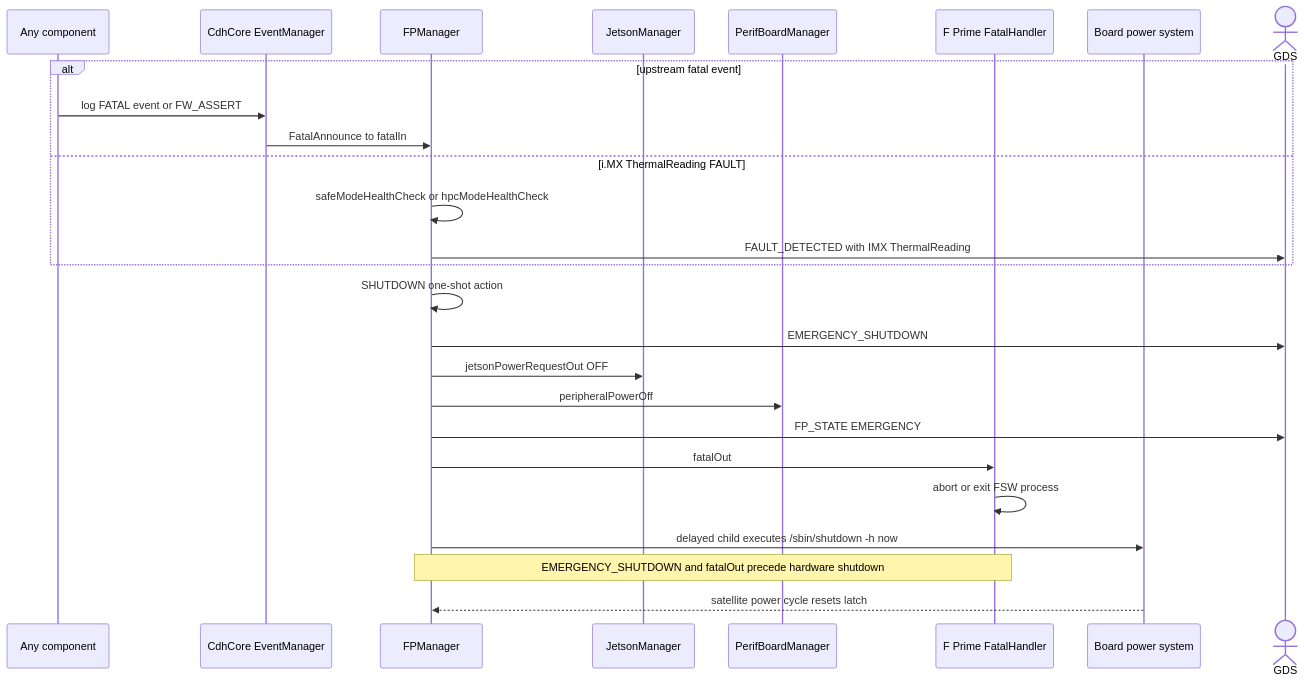
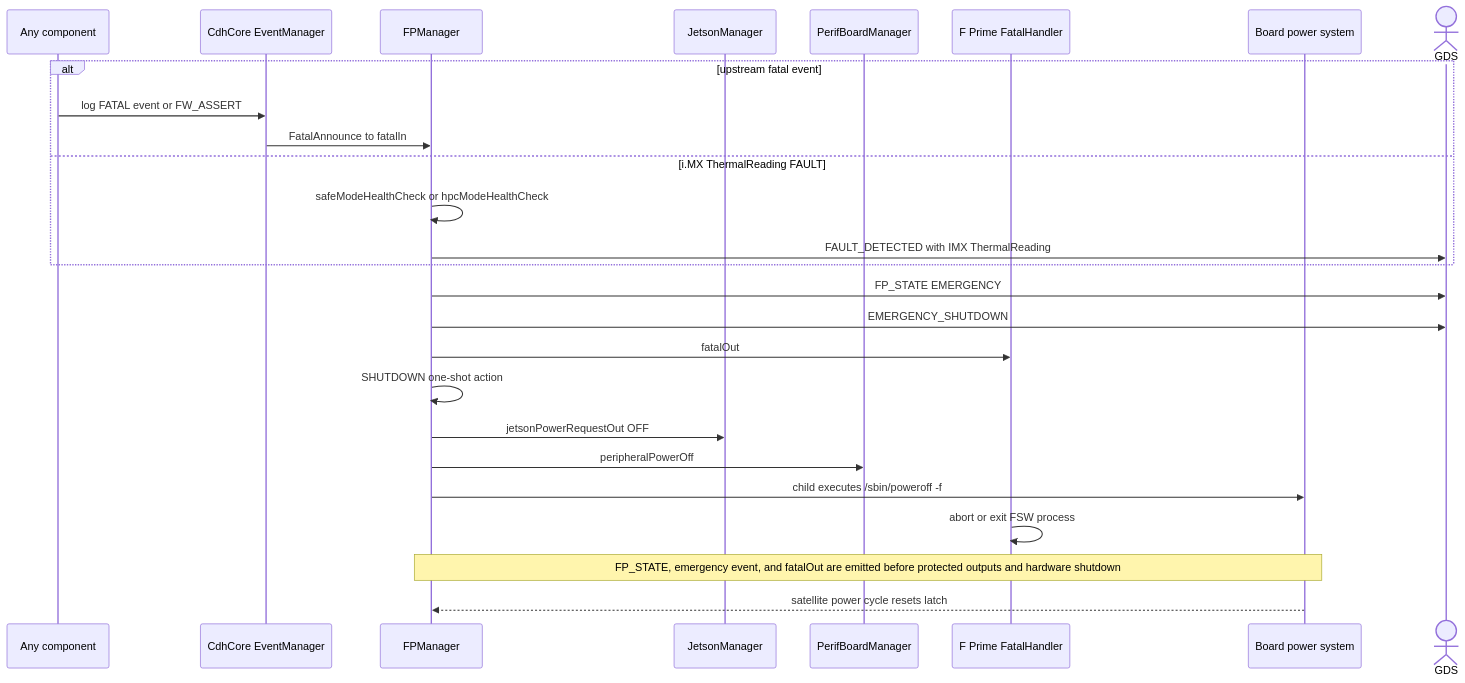
The seventh of 7 diagrams in scales/scalesSvc/FPManager/docs/sdd.md (BroncoSpace-Lab/fprime-scales), drawn with Mermaid before and after one commit. The commit also changed other lines of this file and 9 other files, not shown here.

````diff
--- a/scales/scalesSvc/FPManager/docs/sdd.md
+++ b/scales/scalesSvc/FPManager/docs/sdd.md
@@ -318,29 +365,29 @@
 ```mermaid
 sequenceDiagram
     participant Source as Any component
     participant Events as CdhCore EventManager
     participant FPM as FPManager
     participant JM as JetsonManager
     participant PBM as PerifBoardManager
     participant FH as F Prime FatalHandler
     participant HW as Board power system
     actor GDS as GDS
 
     alt upstream fatal event
         Source->>Events: log FATAL event or FW_ASSERT
         Events->>FPM: FatalAnnounce to fatalIn
     else i.MX ThermalReading FAULT
         FPM->>FPM: safeModeHealthCheck or hpcModeHealthCheck
         FPM->>GDS: FAULT_DETECTED with IMX ThermalReading
     end
+    FPM->>GDS: FP_STATE EMERGENCY
+    FPM->>GDS: EMERGENCY_SHUTDOWN
+    FPM->>FH: fatalOut
     FPM->>FPM: SHUTDOWN one-shot action
-    FPM->>GDS: EMERGENCY_SHUTDOWN
     FPM->>JM: jetsonPowerRequestOut OFF
     FPM->>PBM: peripheralPowerOff
-    FPM->>GDS: FP_STATE EMERGENCY
-    FPM->>FH: fatalOut
+    FPM->>HW: child executes /sbin/poweroff -f
     FH->>FH: abort or exit FSW process
-    FPM->>HW: delayed child executes /sbin/shutdown -h now
-    Note over FPM,FH: EMERGENCY_SHUTDOWN and fatalOut precede hardware shutdown
+    Note over FPM,HW: FP_STATE, emergency event, and fatalOut are emitted before protected outputs and hardware shutdown
     HW-->>FPM: satellite power cycle resets latch
 ```
````
